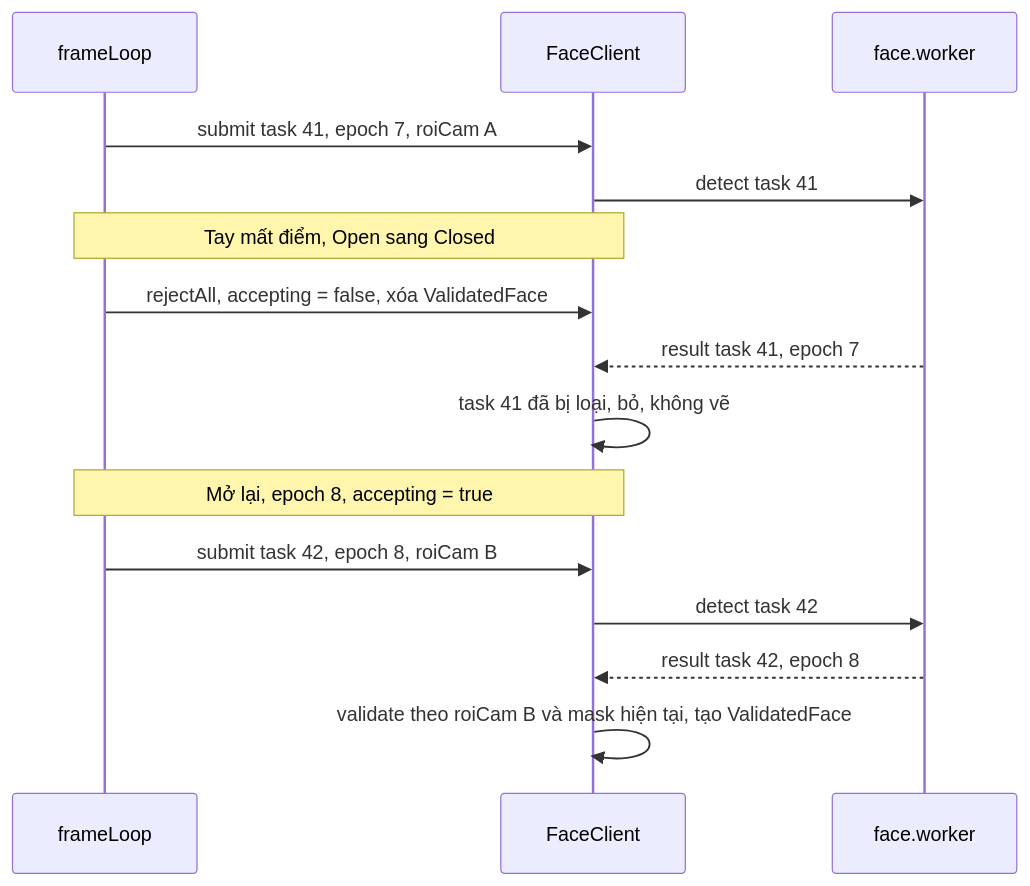
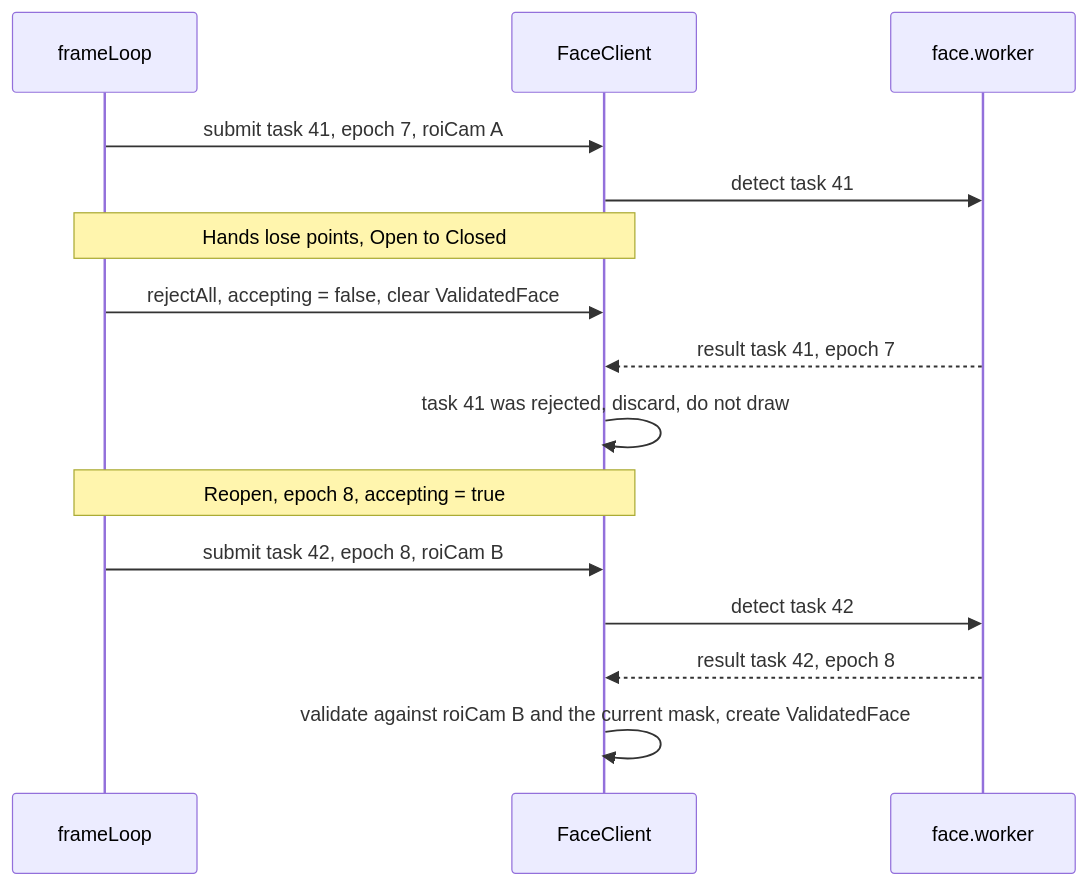
One commit to Lorah101204/Finger_And_Face_Tracking changed diagram 13 of 18 in docs/WORK-BREAKDOWN.md. Above: the diagram before and after it, drawn with Mermaid. The commit also changed other lines of this file and 35 other files, not shown here.

````diff
--- a/docs/WORK-BREAKDOWN.md
+++ b/docs/WORK-BREAKDOWN.md
@@ -657,17 +657,17 @@
 ```mermaid
 sequenceDiagram
   participant FRAMELOOP as frameLoop
   participant FC as FaceClient
   participant FW as face.worker
   FRAMELOOP->>FC: submit task 41, epoch 7, roiCam A
   FC->>FW: detect task 41
-  Note over FRAMELOOP,FC: Tay mất điểm, Open sang Closed
-  FRAMELOOP->>FC: rejectAll, accepting = false, xóa ValidatedFace
+  Note over FRAMELOOP,FC: Hands lose points, Open to Closed
+  FRAMELOOP->>FC: rejectAll, accepting = false, clear ValidatedFace
   FW-->>FC: result task 41, epoch 7
-  FC->>FC: task 41 đã bị loại, bỏ, không vẽ
-  Note over FRAMELOOP,FC: Mở lại, epoch 8, accepting = true
+  FC->>FC: task 41 was rejected, discard, do not draw
+  Note over FRAMELOOP,FC: Reopen, epoch 8, accepting = true
   FRAMELOOP->>FC: submit task 42, epoch 8, roiCam B
   FC->>FW: detect task 42
   FW-->>FC: result task 42, epoch 8
-  FC->>FC: validate theo roiCam B và mask hiện tại, tạo ValidatedFace
+  FC->>FC: validate against roiCam B and the current mask, create ValidatedFace
 ```
````
